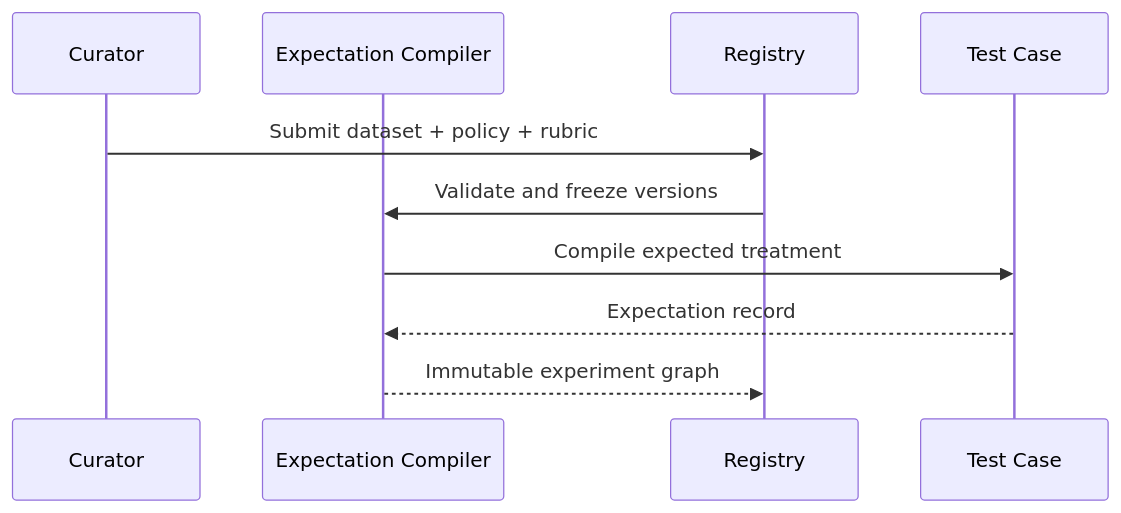
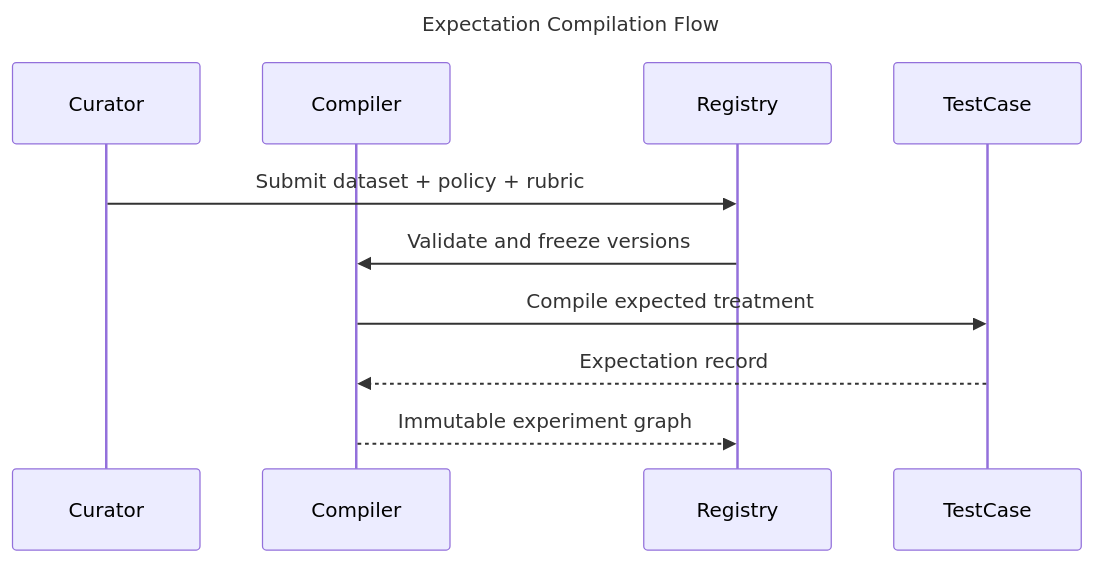
The fifth of 10 diagrams in README.md (Runndownn/Wilson-Eval3ngine-), drawn with Mermaid before and after one commit. The commit also changed other lines of this file, not shown here.

Commit message:
docs: fix mermaid diagrams and update test counts to 618 total

````diff
--- a/README.md
+++ b/README.md
@@ -339,13 +347,14 @@
 ```mermaid
 sequenceDiagram
+    title Expectation Compilation Flow
     participant CUR as Curator
-    participant COMP as Expectation Compiler
+    participant COMP as Compiler
     participant REG as Registry
-    participant CASE as Test Case
+    participant CASE as TestCase
     
     CUR->>REG: Submit dataset + policy + rubric
     REG->>COMP: Validate and freeze versions
     COMP->>CASE: Compile expected treatment
     CASE-->>COMP: Expectation record
     COMP-->>REG: Immutable experiment graph
 ```
````
